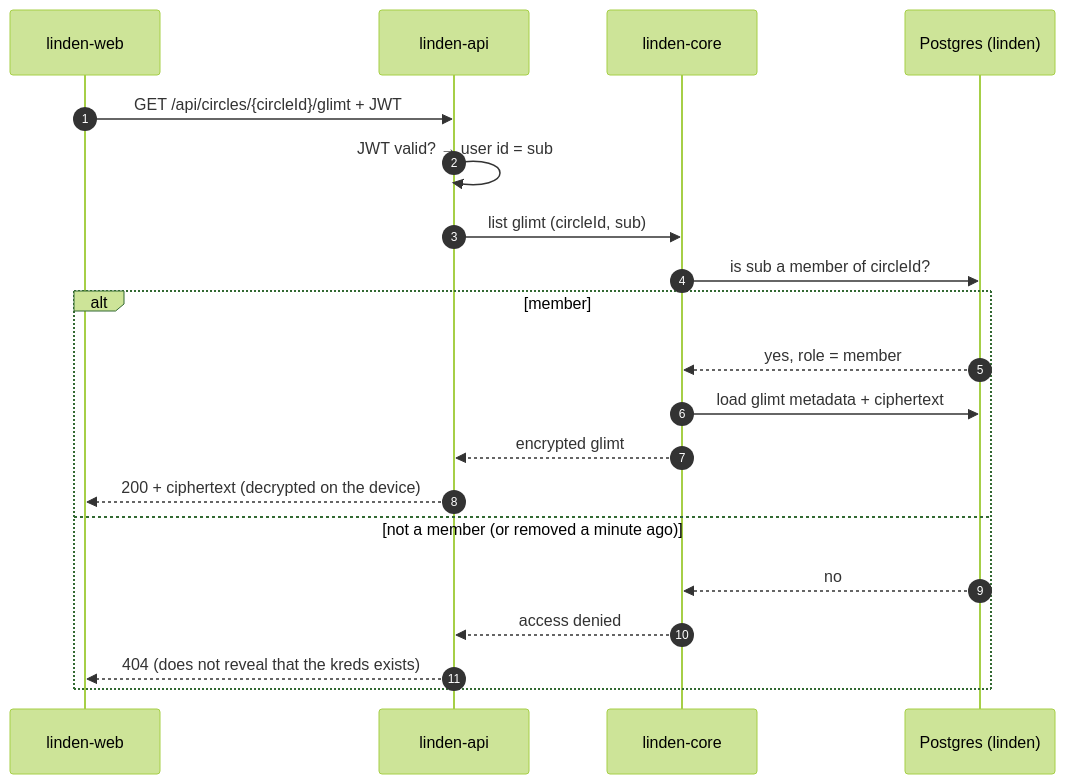
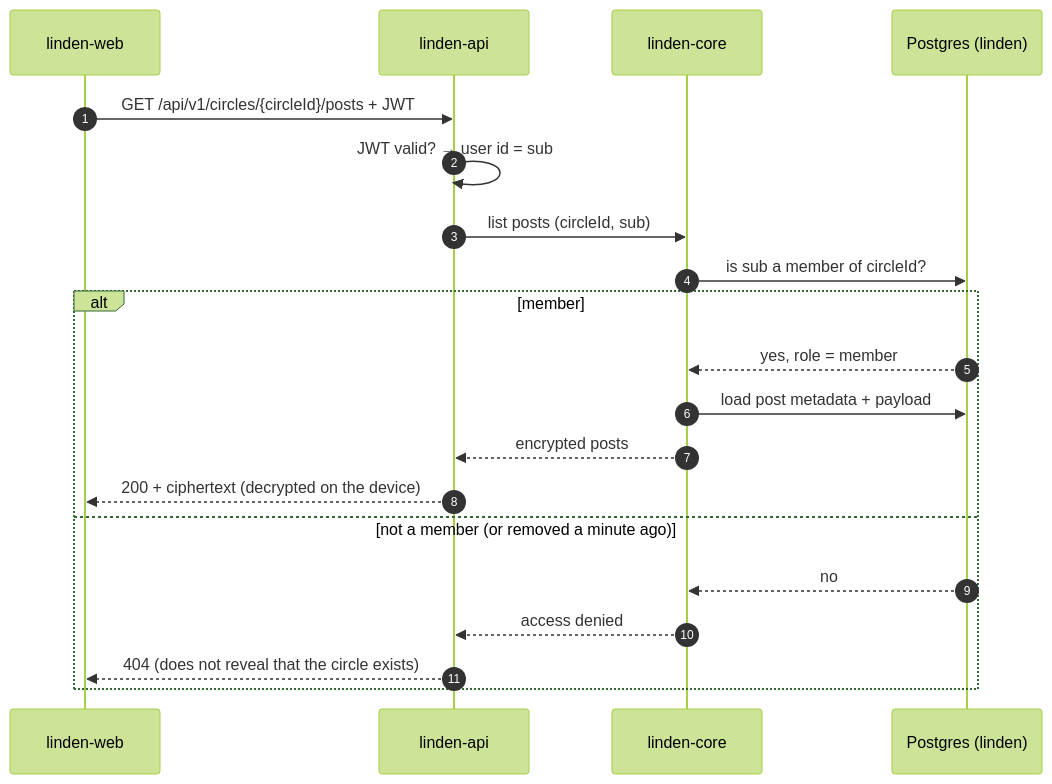
The fourth of 5 diagrams in docs/architecture/auth-flow.md (projectlinden/linden), drawn with Mermaid (forest theme) before and after one commit. The commit also changed other lines of this file and 5 other files, not shown here.

````diff
--- a/docs/architecture/auth-flow.md
+++ b/docs/architecture/auth-flow.md
@@ -144,23 +144,23 @@
 ```mermaid
 sequenceDiagram
     autonumber
     participant W as linden-web
     participant A as linden-api
     participant C as linden-core
     participant P as Postgres (linden)
 
-    W->>A: GET /api/circles/{circleId}/glimt + JWT
+    W->>A: GET /api/v1/circles/{circleId}/posts + JWT
     A->>A: JWT valid? → user id = sub
-    A->>C: list glimt (circleId, sub)
+    A->>C: list posts (circleId, sub)
     C->>P: is sub a member of circleId?
     alt member
         P-->>C: yes, role = member
-        C->>P: load glimt metadata + ciphertext
-        C-->>A: encrypted glimt
+        C->>P: load post metadata + payload
+        C-->>A: encrypted posts
         A-->>W: 200 + ciphertext (decrypted on the device)
     else not a member (or removed a minute ago)
         P-->>C: no
         C-->>A: access denied
-        A-->>W: 404 (does not reveal that the kreds exists)
+        A-->>W: 404 (does not reveal that the circle exists)
     end
 ```
````
